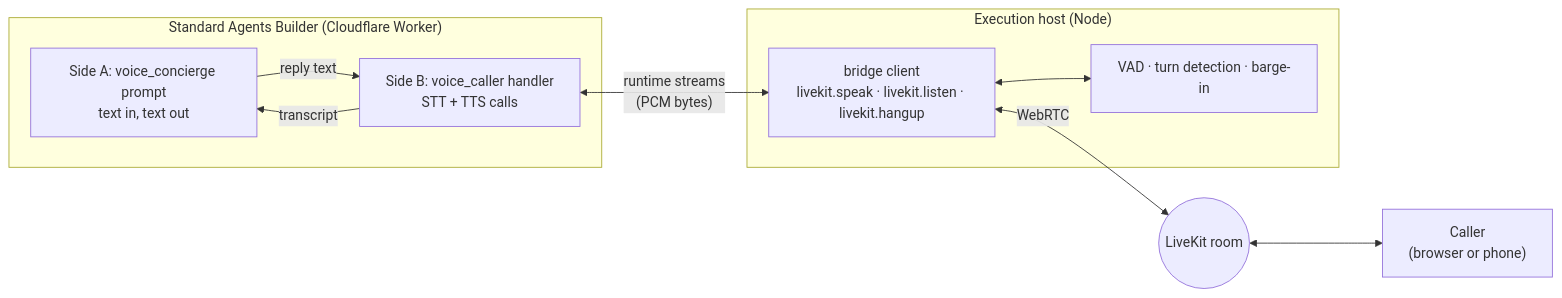
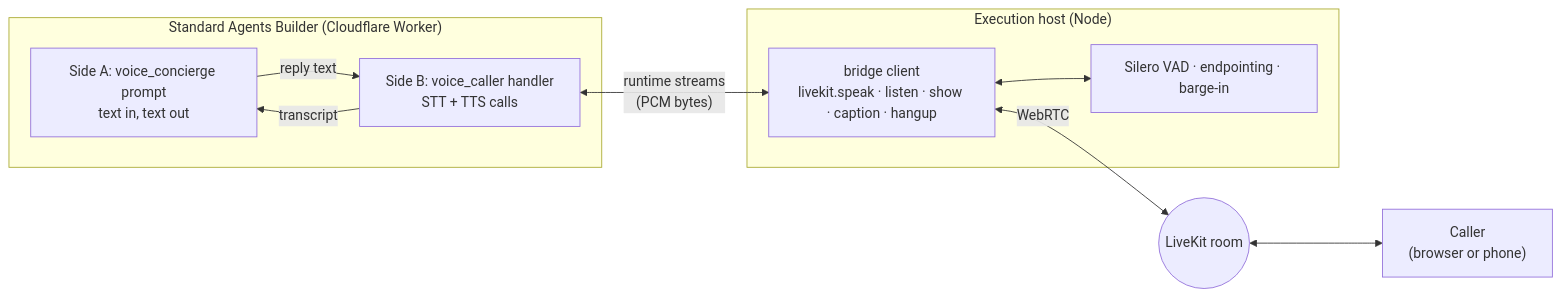
Before and after one commit to petehaas/standard-agents-livekit-voice: the diagram in README.md, drawn with Mermaid. The commit also changed other lines of this file and 49 other files, not shown here.

````diff
--- a/README.md
+++ b/README.md
@@ -7,17 +7,17 @@
 ```mermaid
 flowchart LR
   subgraph Runtime["Standard Agents Builder (Cloudflare Worker)"]
     A["Side A: voice_concierge prompt<br/>text in, text out"]
     B["Side B: voice_caller handler<br/>STT + TTS calls"]
     A -- reply text --> B
     B -- transcript --> A
   end
   subgraph Host["Execution host (Node)"]
-    H["bridge client<br/>livekit.speak · livekit.listen · livekit.hangup"]
-    V["VAD · turn detection · barge-in"]
+    H["bridge client<br/>livekit.speak · listen · show · caption · hangup"]
+    V["Silero VAD · endpointing · barge-in"]
   end
   B <-- "runtime streams<br/>(PCM bytes)" --> H
   H <--> V
   H <-- "WebRTC" --> R(("LiveKit room"))
   R <--> C["Caller<br/>(browser or phone)"]
 ```
````
